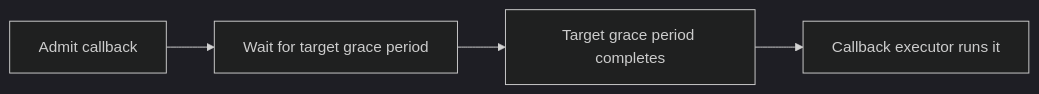
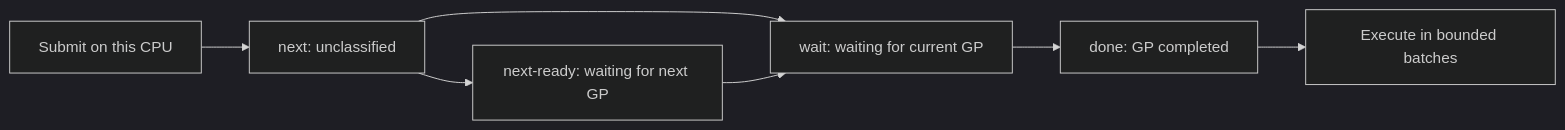
One commit to DragonOS-Community/DragonOS changed the sixth of 6 diagrams in docs/locales/en/kernel/rcu/architecture.md. Above: the diagram before and after it, drawn with Mermaid (dark theme). The commit also changed other lines of this file and 11 other files, not shown here.

First line of the commit message:
refactor(rcu): segment callback queues per CPU (#2222)

````diff
--- a/docs/locales/en/kernel/rcu/architecture.md
+++ b/docs/locales/en/kernel/rcu/architecture.md
@@ -171,6 +171,9 @@
 ```mermaid
 flowchart LR
-    Admit[Admit callback] --> Pending[Wait for target grace period]
-    Pending --> Ready[Target grace period completes]
-    Ready --> Execute[Callback executor runs it]
+    Admit[Submit on this CPU] --> Next[next: unclassified]
+    Next --> Wait[wait: waiting for current GP]
+    Next --> NextReady[next-ready: waiting for next GP]
+    NextReady --> Wait
+    Wait --> Done[done: GP completed]
+    Done --> Execute[Execute in bounded batches]
 ```
````
